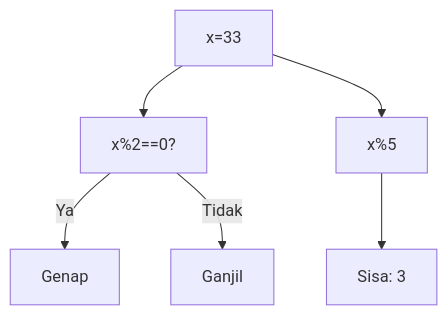
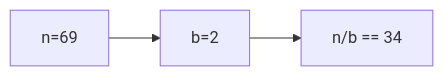
The ninth of 25 diagrams in part-c-pemahaman-cpp/01-tipe-data/latihan/set-01.md (amnahwaida/OSNK_INF_PREP), drawn with Mermaid before and after one commit. The commit also changed other lines of this file and 71 other files, not shown here.

````diff
--- a/part-c-pemahaman-cpp/01-tipe-data/latihan/set-01.md
+++ b/part-c-pemahaman-cpp/01-tipe-data/latihan/set-01.md
@@ -272,8 +239,5 @@
 ```mermaid
-graph TD
-A["x=33"] --> B["x%2==0?"]
-B -- Ya --> C["Genap"]
-B -- Tidak --> D["Ganjil"]
-A --> E["x%5"]
-E --> F["Sisa: 3"]
+graph LR
+A["n=69"] --> B["b=2"]
+B --> C["n/b == 34"]
 ```
````
